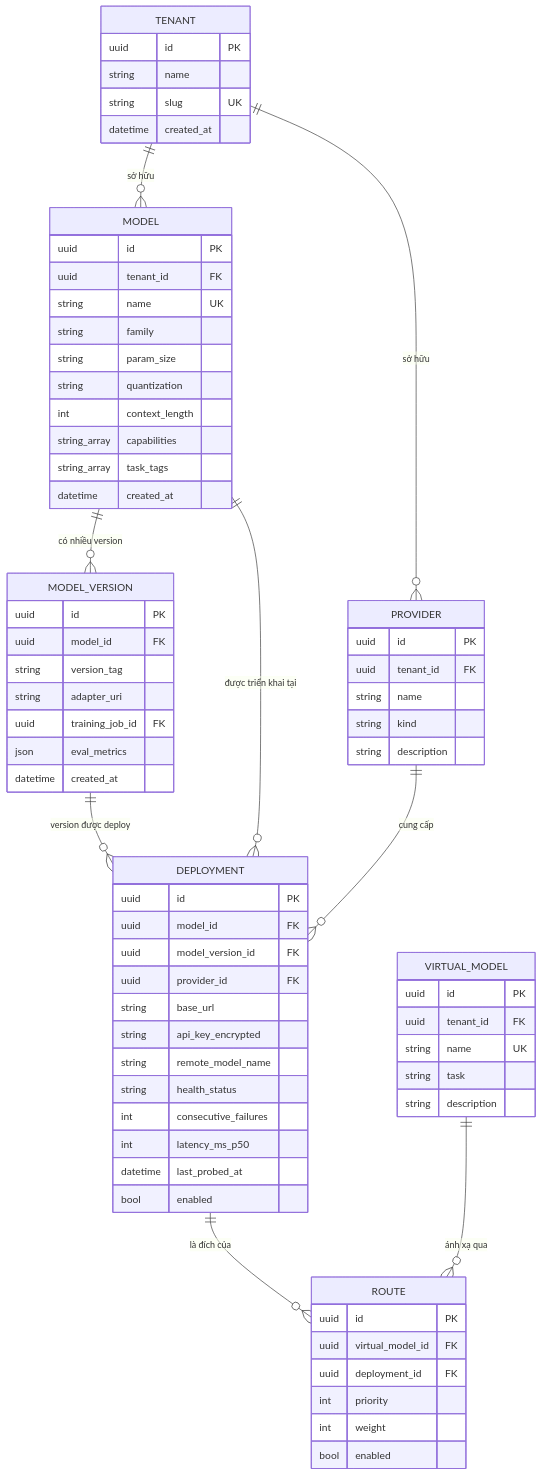
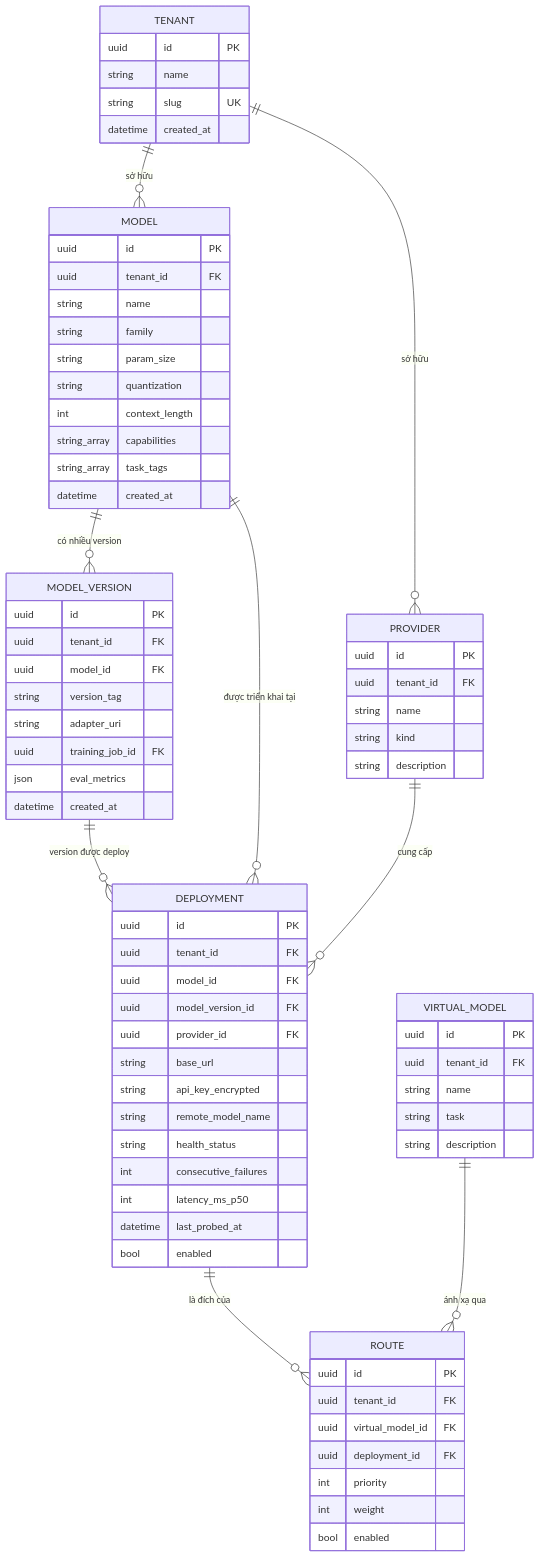
Before and after one commit to knightphucs/selfhost-llm-platform: the first of 5 diagrams in docs/erd.md, drawn with Mermaid. The commit also changed other lines of this file, not shown here.

First line of the commit message:
docs(erd): đồng bộ ERD với schema thực tế

```diff
--- a/docs/erd.md
+++ b/docs/erd.md
@@ -31,7 +31,7 @@
     MODEL {
         uuid id PK
         uuid tenant_id FK
-        string name UK
+        string name
         string family
         string param_size
         string quantization
@@ -43,6 +43,7 @@
 
     MODEL_VERSION {
         uuid id PK
+        uuid tenant_id FK
         uuid model_id FK
         string version_tag
         string adapter_uri
@@ -61,6 +62,7 @@
 
     DEPLOYMENT {
         uuid id PK
+        uuid tenant_id FK
         uuid model_id FK
         uuid model_version_id FK
         uuid provider_id FK
@@ -77,13 +79,14 @@
     VIRTUAL_MODEL {
         uuid id PK
         uuid tenant_id FK
-        string name UK
+        string name
         string task
         string description
     }
 
     ROUTE {
         uuid id PK
+        uuid tenant_id FK
         uuid virtual_model_id FK
         uuid deployment_id FK
         int priority
```
